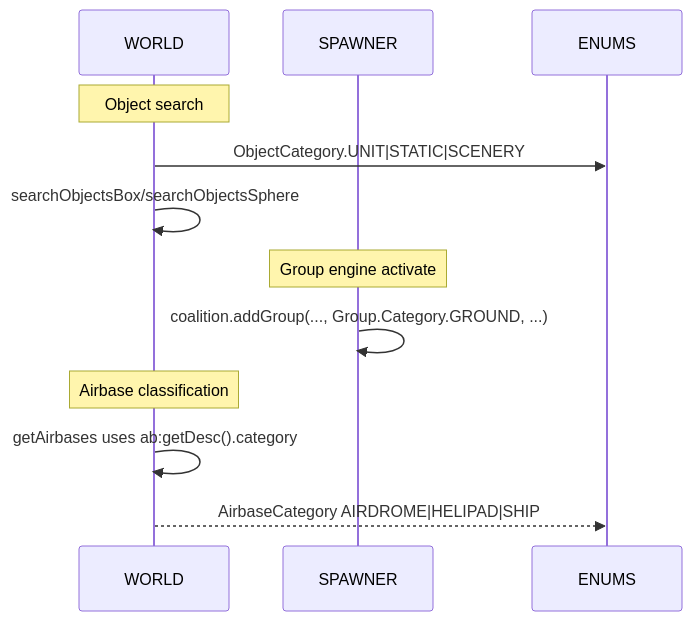
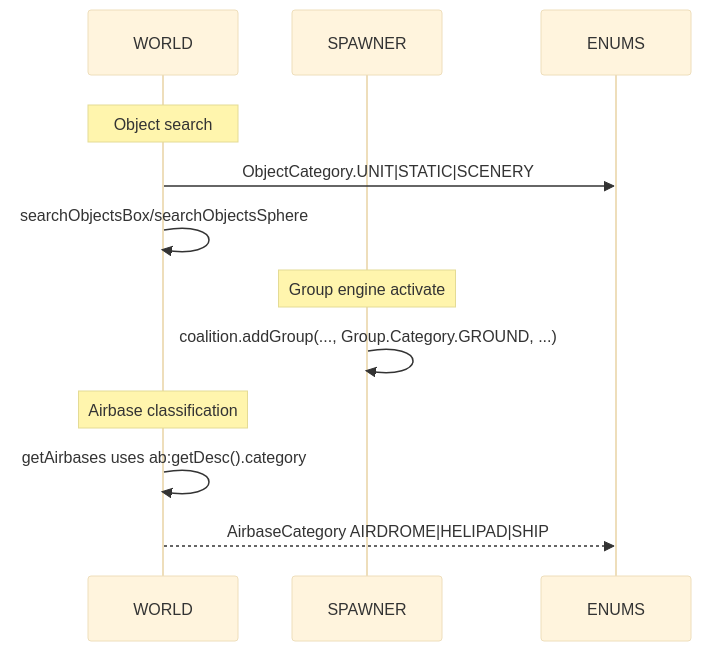
The second of 2 diagrams in docs/enums/categories.md (Gh0st352/AETHR), drawn with Mermaid before and after one commit. The commit also changed other lines of this file and 7 other files, not shown here.

First line of the commit message:
docs(enums): add structured mermaid styling and subgraphs

````diff
--- a/docs/enums/categories.md
+++ b/docs/enums/categories.md
@@ -49,14 +85,20 @@
 ```mermaid
+%%{init: {"theme":"base"}}%%
 sequenceDiagram
   participant W as WORLD
   participant SP as SPAWNER
   participant EN as ENUMS
-  note over W: Object search
-  W->>EN: ObjectCategory.UNIT|STATIC|SCENERY
-  W->>W: searchObjectsBox/searchObjectsSphere
-  note over SP: Group engine activate
-  SP->>SP: coalition.addGroup(..., Group.Category.GROUND, ...)
-  note over W: Airbase classification
-  W->>W: getAirbases uses ab:getDesc().category
-  W-->>EN: AirbaseCategory AIRDROME|HELIPAD|SHIP
+
+  rect rgba(255, 255, 255, 0.75)
+    Note over W: Object search
+    W->>EN: ObjectCategory.UNIT|STATIC|SCENERY
+    W->>W: searchObjectsBox/searchObjectsSphere
+
+    Note over SP: Group engine activate
+    SP->>SP: coalition.addGroup(..., Group.Category.GROUND, ...)
+
+    Note over W: Airbase classification
+    W->>W: getAirbases uses ab:getDesc().category
+    W-->>EN: AirbaseCategory AIRDROME|HELIPAD|SHIP
+  end
 ```
````
